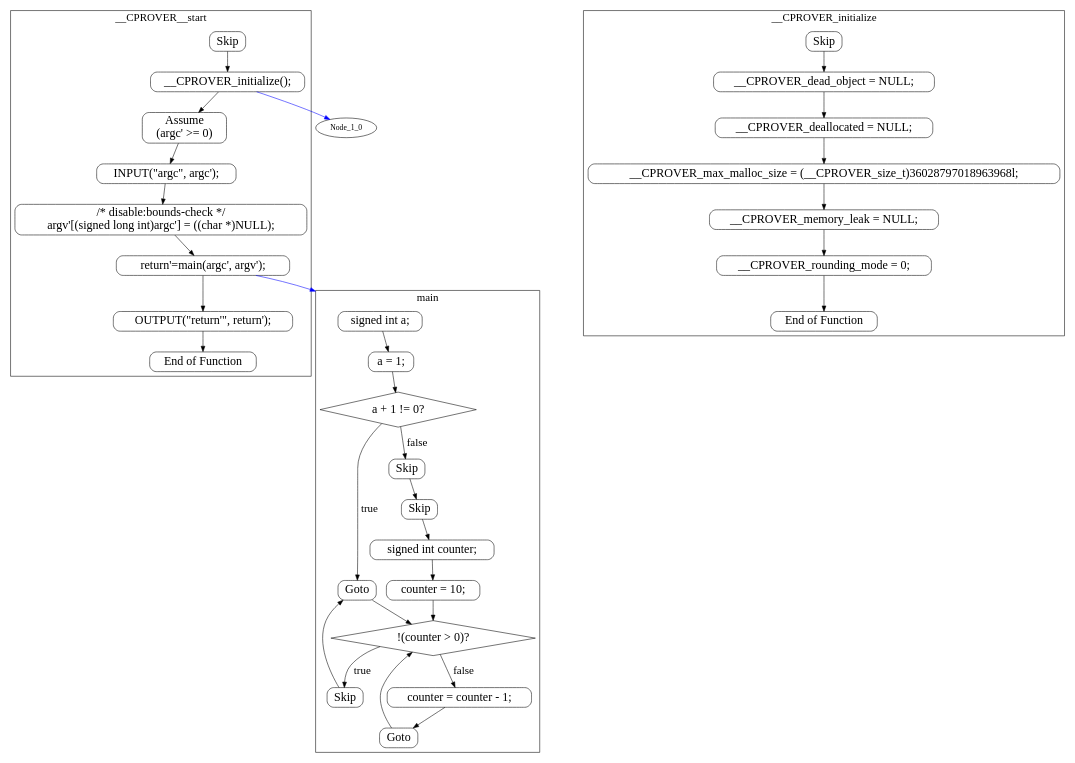
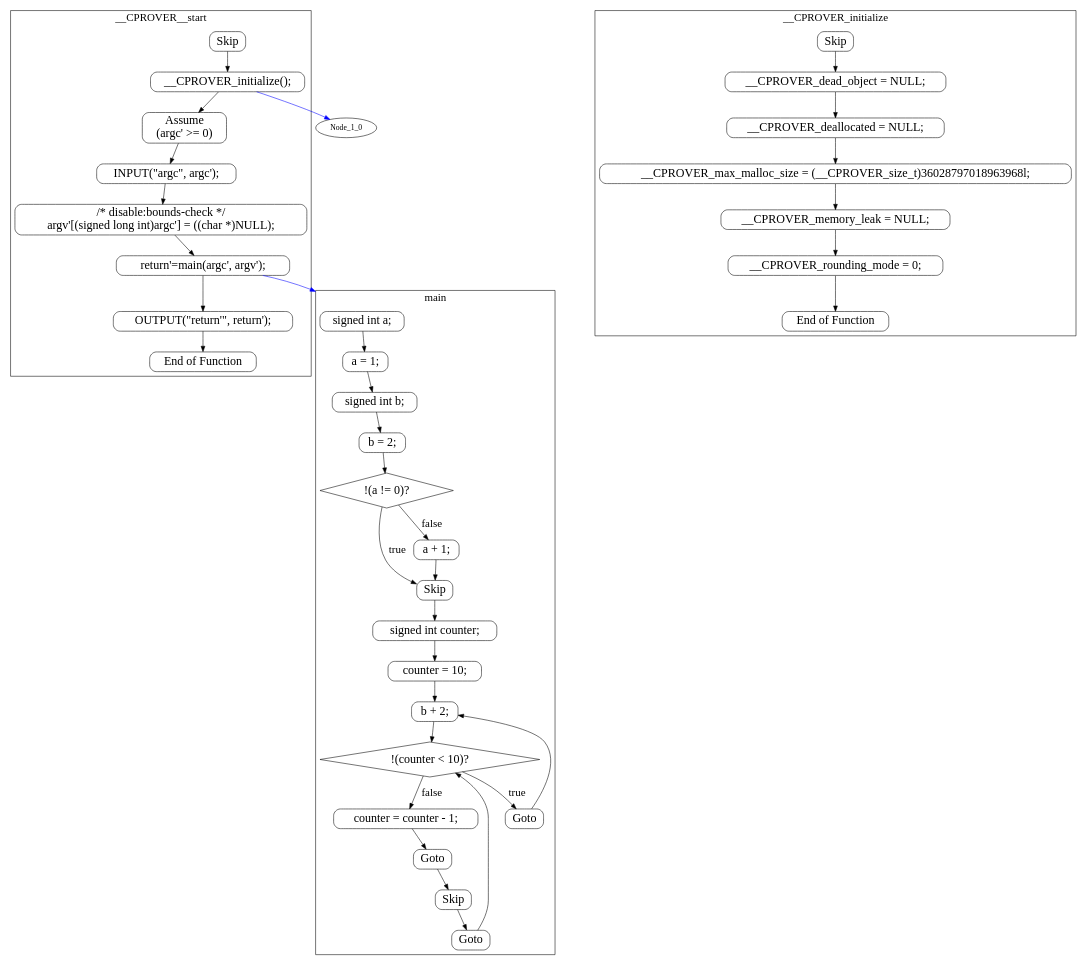
Before and after one commit to malkawimahdi/investigating-loop-detection-algorithms: the diagram in control-flow-graph-test-cases/cbmc-michael-wolfe/michael-wolfe-g3/main.dot, drawn with Graphviz. The commit also changed 8 other files, not shown here.

```diff
--- a/control-flow-graph-test-cases/cbmc-michael-wolfe/michael-wolfe-g3/main.dot
+++ b/control-flow-graph-test-cases/cbmc-michael-wolfe/michael-wolfe-g3/main.dot
@@ -1,68 +1,76 @@
 digraph G {
 color=black;orientation=portrait;fontsize=20;compound=true;size="30,40";ratio=compress;
 subgraph "cluster_main" {
 label="main";
 Node_0_0 [shape=Mrecord,fontsize=22,label="signed int a;"];
 Node_0_0 -> Node_0_1 ;
 Node_0_1 [shape=Mrecord,fontsize=22,label="a = 1;"];
 Node_0_1 -> Node_0_2 ;
-Node_0_2 [shape=diamond,fontsize=22,label="a + 1 != 0?"];
-Node_0_2 -> Node_0_11 [fontsize=20,label="true"];
-Node_0_2 -> Node_0_3 [fontsize=20,label="false"];
-Node_0_11 [shape=Mrecord,fontsize=22,label="Goto"];
-Node_0_11 -> Node_0_7 ;
-Node_0_3 [shape=Mrecord,fontsize=22,label="Skip"];
+Node_0_2 [shape=Mrecord,fontsize=22,label="signed int b;"];
+Node_0_2 -> Node_0_3 ;
+Node_0_3 [shape=Mrecord,fontsize=22,label="b = 2;"];
 Node_0_3 -> Node_0_4 ;
-Node_0_7 [shape=diamond,fontsize=22,label="!(counter \> 0)?"];
-Node_0_7 -> Node_0_10 [fontsize=20,label="true"];
-Node_0_7 -> Node_0_8 [fontsize=20,label="false"];
-Node_0_4 [shape=Mrecord,fontsize=22,label="Skip"];
-Node_0_4 -> Node_0_5 ;
-Node_0_10 [shape=Mrecord,fontsize=22,label="Skip"];
-Node_0_10 -> Node_0_11 ;
-Node_0_8 [shape=Mrecord,fontsize=22,label="counter = counter - 1;"];
+Node_0_4 [shape=diamond,fontsize=22,label="!(a != 0)?"];
+Node_0_4 -> Node_0_6 [fontsize=20,label="true"];
+Node_0_4 -> Node_0_5 [fontsize=20,label="false"];
+Node_0_6 [shape=Mrecord,fontsize=22,label="Skip"];
+Node_0_6 -> Node_0_7 ;
+Node_0_5 [shape=Mrecord,fontsize=22,label="a + 1;"];
+Node_0_5 -> Node_0_6 ;
+Node_0_7 [shape=Mrecord,fontsize=22,label="signed int counter;"];
+Node_0_7 -> Node_0_8 ;
+Node_0_8 [shape=Mrecord,fontsize=22,label="counter = 10;"];
 Node_0_8 -> Node_0_9 ;
-Node_0_5 [shape=Mrecord,fontsize=22,label="signed int counter;"];
-Node_0_5 -> Node_0_6 ;
-Node_0_9 [shape=Mrecord,fontsize=22,label="Goto"];
-Node_0_9 -> Node_0_7 ;
-Node_0_6 [shape=Mrecord,fontsize=22,label="counter = 10;"];
-Node_0_6 -> Node_0_7 ;
+Node_0_9 [shape=Mrecord,fontsize=22,label="b + 2;"];
+Node_0_9 -> Node_0_10 ;
+Node_0_10 [shape=diamond,fontsize=22,label="!(counter \< 10)?"];
+Node_0_10 -> Node_0_13 [fontsize=20,label="true"];
+Node_0_10 -> Node_0_11 [fontsize=20,label="false"];
+Node_0_13 [shape=Mrecord,fontsize=22,label="Goto"];
+Node_0_13 -> Node_0_9 ;
+Node_0_11 [shape=Mrecord,fontsize=22,label="counter = counter - 1;"];
+Node_0_11 -> Node_0_12 ;
+Node_0_12 [shape=Mrecord,fontsize=22,label="Goto"];
+Node_0_12 -> Node_0_14 ;
+Node_0_14 [shape=Mrecord,fontsize=22,label="Skip"];
+Node_0_14 -> Node_0_15 ;
+Node_0_15 [shape=Mrecord,fontsize=22,label="Goto"];
+Node_0_15 -> Node_0_10 ;
 }
 subgraph "cluster___CPROVER_initialize" {
 label="__CPROVER_initialize";
-Node_1_17 [shape=Mrecord,fontsize=22,label="Skip"];
-Node_1_17 -> Node_1_18 ;
-Node_1_18 [shape=Mrecord,fontsize=22,label="__CPROVER_dead_object = NULL;"];
-Node_1_18 -> Node_1_19 ;
-Node_1_19 [shape=Mrecord,fontsize=22,label="__CPROVER_deallocated = NULL;"];
-Node_1_19 -> Node_1_20 ;
-Node_1_20 [shape=Mrecord,fontsize=22,label="__CPROVER_max_malloc_size = (__CPROVER_size_t)36028797018963968l;"];
-Node_1_20 -> Node_1_21 ;
-Node_1_21 [shape=Mrecord,fontsize=22,label="__CPROVER_memory_leak = NULL;"];
-Node_1_21 -> Node_1_22 ;
-Node_1_22 [shape=Mrecord,fontsize=22,label="__CPROVER_rounding_mode = 0;"];
+Node_1_22 [shape=Mrecord,fontsize=22,label="Skip"];
 Node_1_22 -> Node_1_23 ;
-Node_1_23 [shape=Mrecord,fontsize=22,label="End of Function"];
+Node_1_23 [shape=Mrecord,fontsize=22,label="__CPROVER_dead_object = NULL;"];
+Node_1_23 -> Node_1_24 ;
+Node_1_24 [shape=Mrecord,fontsize=22,label="__CPROVER_deallocated = NULL;"];
+Node_1_24 -> Node_1_25 ;
+Node_1_25 [shape=Mrecord,fontsize=22,label="__CPROVER_max_malloc_size = (__CPROVER_size_t)36028797018963968l;"];
+Node_1_25 -> Node_1_26 ;
+Node_1_26 [shape=Mrecord,fontsize=22,label="__CPROVER_memory_leak = NULL;"];
+Node_1_26 -> Node_1_27 ;
+Node_1_27 [shape=Mrecord,fontsize=22,label="__CPROVER_rounding_mode = 0;"];
+Node_1_27 -> Node_1_28 ;
+Node_1_28 [shape=Mrecord,fontsize=22,label="End of Function"];
 }
 subgraph "cluster___CPROVER__start" {
 label="__CPROVER__start";
-Node_2_24 [shape=Mrecord,fontsize=22,label="Skip"];
-Node_2_24 -> Node_2_25 ;
-Node_2_25 [shape=Mrecord,fontsize=22,label="__CPROVER_initialize();"];
-Node_2_25 -> Node_2_26 ;
-Node_2_26 [shape=Mrecord,fontsize=22,label="Assume\n(argc' \>= 0)"];
-Node_2_26 -> Node_2_27 ;
-Node_2_27 [shape=Mrecord,fontsize=22,label="INPUT(\"argc\", argc');"];
-Node_2_27 -> Node_2_28 ;
-Node_2_28 [shape=Mrecord,fontsize=22,label="/* disable:bounds-check */\nargv'[(signed long int)argc'] = ((char *)NULL);"];
-Node_2_28 -> Node_2_29 ;
-Node_2_29 [shape=Mrecord,fontsize=22,label="return'=main(argc', argv');"];
+Node_2_29 [shape=Mrecord,fontsize=22,label="Skip"];
 Node_2_29 -> Node_2_30 ;
-Node_2_30 [shape=Mrecord,fontsize=22,label="OUTPUT(\"return'\", return');"];
+Node_2_30 [shape=Mrecord,fontsize=22,label="__CPROVER_initialize();"];
 Node_2_30 -> Node_2_31 ;
-Node_2_31 [shape=Mrecord,fontsize=22,label="End of Function"];
+Node_2_31 [shape=Mrecord,fontsize=22,label="Assume\n(argc' \>= 0)"];
+Node_2_31 -> Node_2_32 ;
+Node_2_32 [shape=Mrecord,fontsize=22,label="INPUT(\"argc\", argc');"];
+Node_2_32 -> Node_2_33 ;
+Node_2_33 [shape=Mrecord,fontsize=22,label="/* disable:bounds-check */\nargv'[(signed long int)argc'] = ((char *)NULL);"];
+Node_2_33 -> Node_2_34 ;
+Node_2_34 [shape=Mrecord,fontsize=22,label="return'=main(argc', argv');"];
+Node_2_34 -> Node_2_35 ;
+Node_2_35 [shape=Mrecord,fontsize=22,label="OUTPUT(\"return'\", return');"];
+Node_2_35 -> Node_2_36 ;
+Node_2_36 [shape=Mrecord,fontsize=22,label="End of Function"];
 }
-Node_2_25 -> Node_1_0 [lhead="cluster___CPROVER_initialize",color=blue];
-Node_2_29 -> Node_0_0 [lhead="cluster_main",color=blue];
+Node_2_30 -> Node_1_0 [lhead="cluster___CPROVER_initialize",color=blue];
+Node_2_34 -> Node_0_0 [lhead="cluster_main",color=blue];
 }
```
